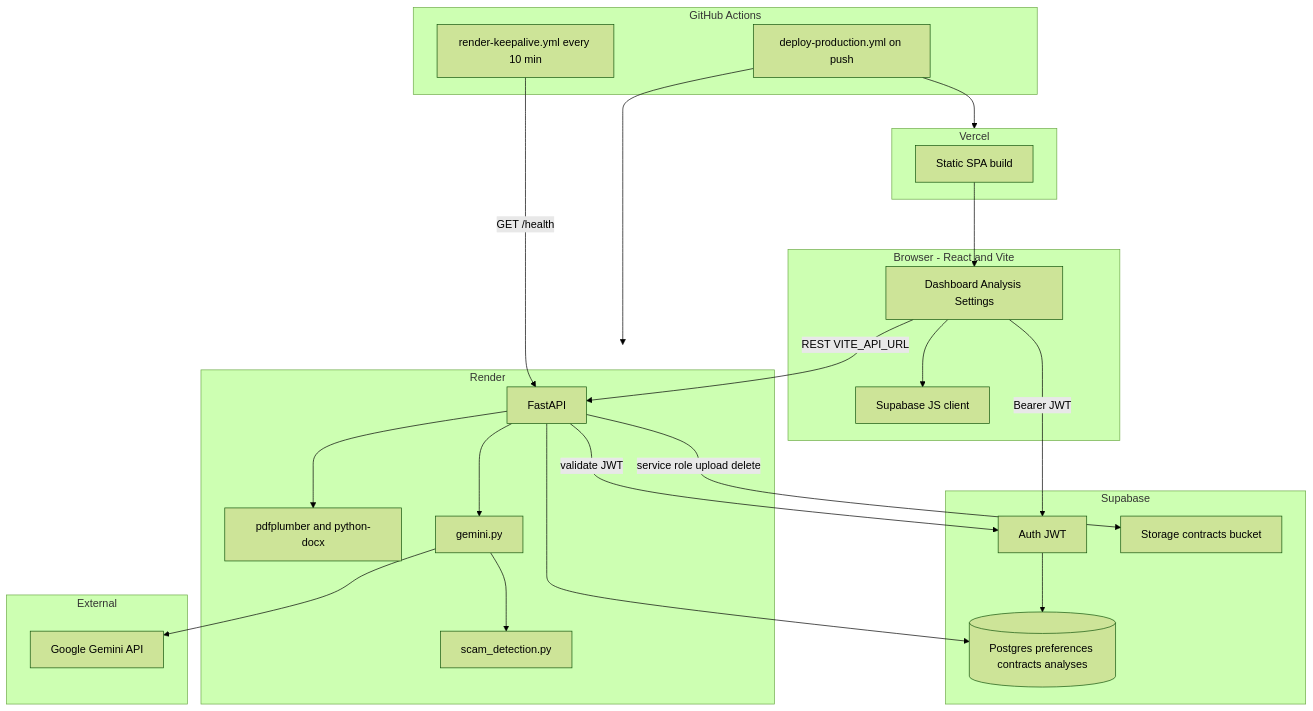
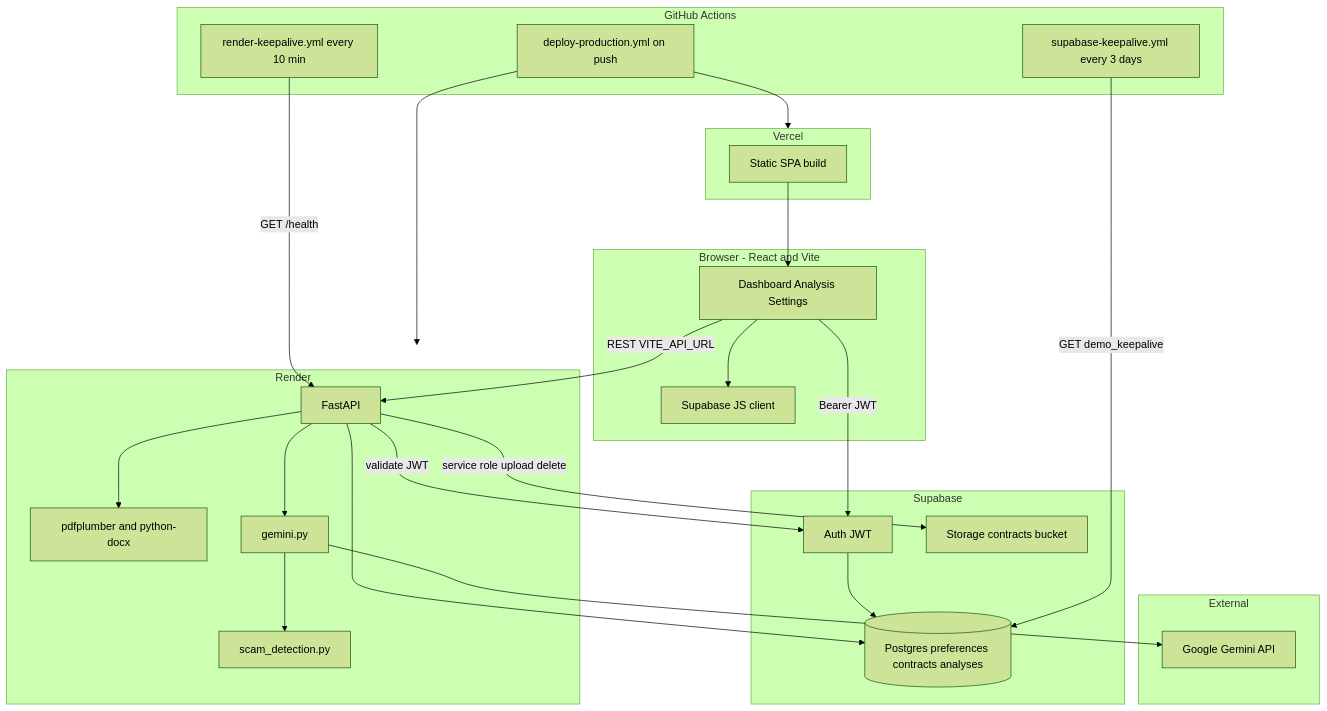
One commit to tahmidft/clear-clause changed the first of 3 diagrams in README.md. Above: the diagram before and after it, drawn with Mermaid (forest theme). The commit also changed other lines of this file and 6 other files, not shown here.

First line of the commit message:
Add Supabase keep-alive so the live demo stays sign-in ready.

````diff
--- a/README.md
+++ b/README.md
@@ -83,49 +83,51 @@
 ```mermaid
 flowchart TB
   subgraph client [Browser - React and Vite]
     UI[Dashboard Analysis Settings]
     AuthClient[Supabase JS client]
     UI --> AuthClient
   end
 
   subgraph vercel_host [Vercel]
     SPA[Static SPA build]
   end
 
   subgraph render_host [Render]
     API[FastAPI]
     Parser[pdfplumber and python-docx]
     ScamEngine[scam_detection.py]
     GeminiSvc[gemini.py]
     API --> Parser
     API --> GeminiSvc
     GeminiSvc --> ScamEngine
   end
 
   subgraph supabase_host [Supabase]
     Auth[Auth JWT]
     DB[(Postgres preferences contracts analyses)]
     Storage[Storage contracts bucket]
     Auth --> DB
   end
 
   subgraph external [External]
     Gemini[Google Gemini API]
   end
 
   subgraph ci [GitHub Actions]
     KeepAlive[render-keepalive.yml every 10 min]
+    SbKeepAlive[supabase-keepalive.yml every 3 days]
     Deploy[deploy-production.yml on push]
   end
 
   UI -->|Bearer JWT| Auth
   UI -->|REST VITE_API_URL| API
   API -->|validate JWT| Auth
   API -->|service role upload delete| Storage
   API --> DB
   GeminiSvc --> Gemini
   KeepAlive -->|GET /health| API
+  SbKeepAlive -->|GET demo_keepalive| DB
   Deploy --> vercel_host
   Deploy --> render_host
   SPA --> UI
 ```
````
